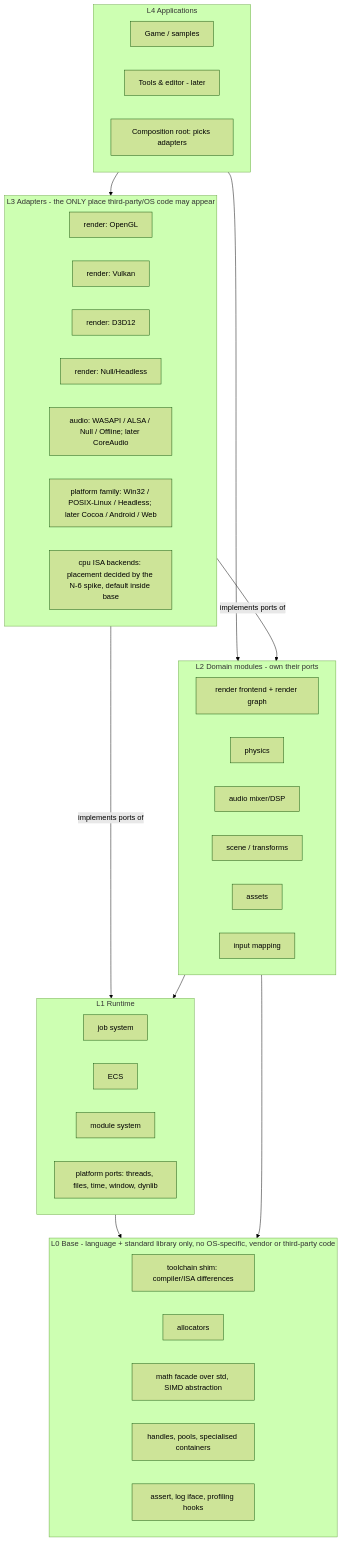
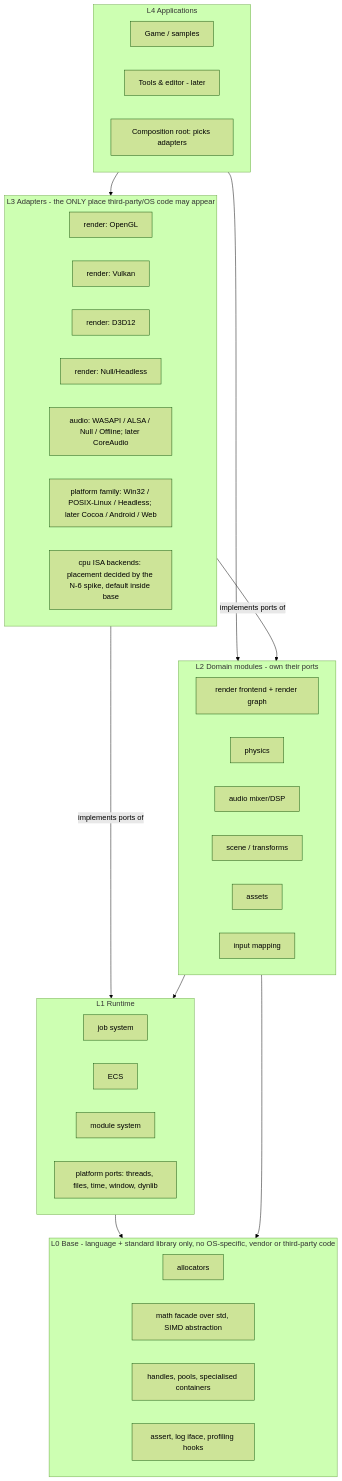
Before and after one commit to giamat90/DuckEngine: the diagram in wiki/architecture/overview.md, drawn with Mermaid (forest theme). The commit also changed other lines of this file and 6 other files, not shown here.

````diff
--- a/wiki/architecture/overview.md
+++ b/wiki/architecture/overview.md
@@ -14,45 +14,44 @@
 ```mermaid
 flowchart TB
   subgraph L4[L4 Applications]
     Game[Game / samples]
     Tools[Tools & editor - later]
     Comp[Composition root: picks adapters]
   end
   subgraph L3[L3 Adapters - the ONLY place third-party/OS code may appear]
     AGL[render: OpenGL]
     AVK[render: Vulkan]
     AD3[render: D3D12]
     ANR[render: Null/Headless]
     AAU[audio: WASAPI / ALSA / Null / Offline; later CoreAudio]
     APL[platform family: Win32 / POSIX-Linux / Headless; later Cocoa / Android / Web]
     ASI[cpu ISA backends: placement decided by the N-6 spike, default inside base]
   end
   subgraph L2[L2 Domain modules - own their ports]
     Render[render frontend + render graph]
     Phys[physics]
     Audio[audio mixer/DSP]
     Scene[scene / transforms]
     Asset[assets]
     Input[input mapping]
   end
   subgraph L1[L1 Runtime]
     Jobs[job system]
     ECS[ECS]
     Mod[module system]
     PlatPort[platform ports: threads, files, time, window, dynlib]
   end
   subgraph L0[L0 Base - language + standard library only, no OS-specific, vendor or third-party code]
-    Tool[toolchain shim: compiler/ISA differences]
     Mem[allocators]
     Math[math facade over std, SIMD abstraction]
     Cont[handles, pools, specialised containers]
     Util[assert, log iface, profiling hooks]
   end
   L4 --> L2
   L4 --> L3
   L3 -->|implements ports of| L2
   L3 -->|implements ports of| L1
   L2 --> L1
   L1 --> L0
   L2 --> L0
 ```
````
